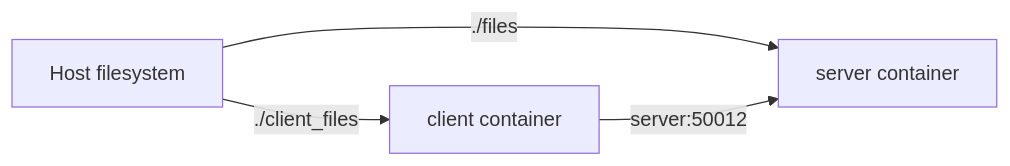
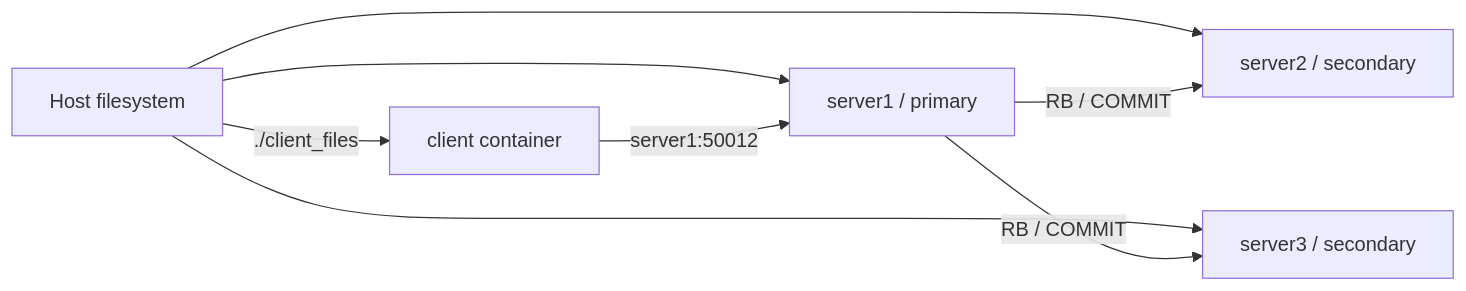
The diagram in docs/docker.md (KingJorjai/Distributed-Systems_Cloud-File-Service), drawn with Mermaid before and after one commit. The commit also changed other lines of this file and 13 other files, not shown here.

````diff
--- a/docs/docker.md
+++ b/docs/docker.md
@@ -5,6 +6,10 @@
 ```mermaid
 flowchart LR
-    Host[Host filesystem] -->|./files| S[server container]
+    Host[Host filesystem] --> S1[server1 / primary]
+    Host --> S2[server2 / secondary]
+    Host --> S3[server3 / secondary]
     Host -->|./client_files| C[client container]
-    C -->|server:50012| S
+    S1 -->|RB / COMMIT| S2
+    S1 -->|RB / COMMIT| S3
+    C -->|server1:50012| S1
 ```
````
